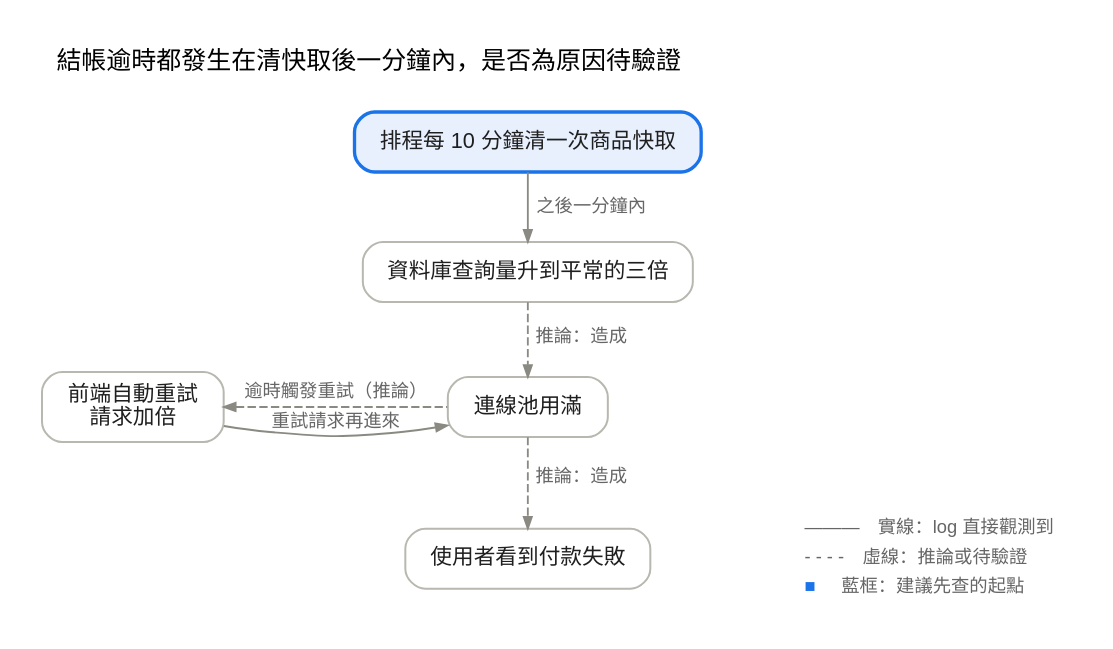
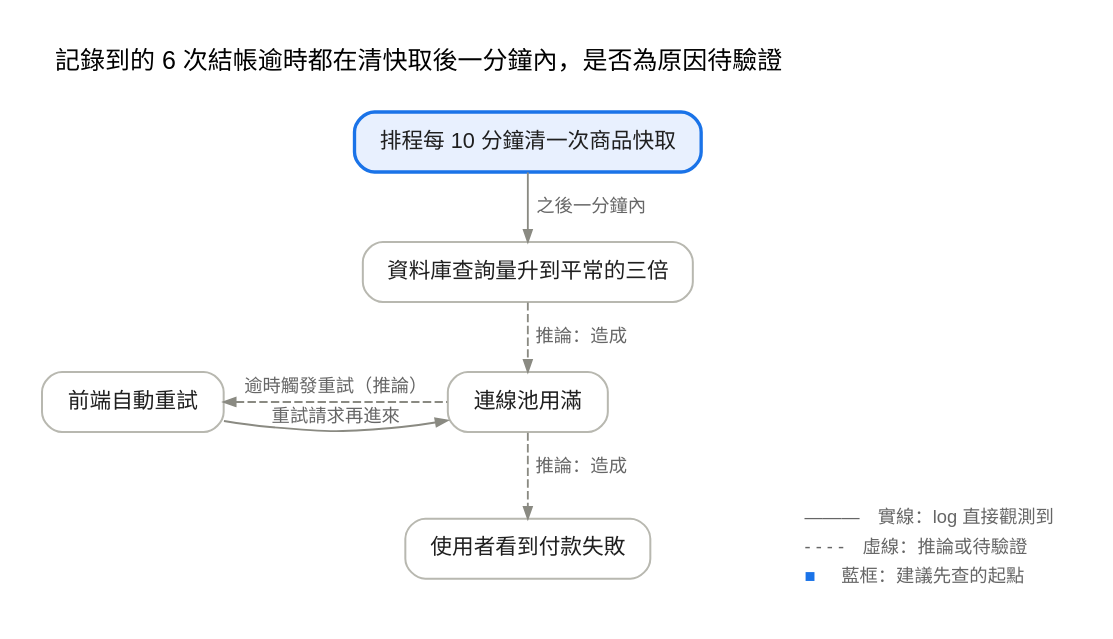
The second of 4 diagrams in plugins/writing-style/skills/writing-style/references/diagrams.md (goodjack/claude-marketplace), drawn with Graphviz before and after one commit. The commit also changed other lines of this file and 4 other files, not shown here.

````diff
--- a/plugins/writing-style/skills/writing-style/references/diagrams.md
+++ b/plugins/writing-style/skills/writing-style/references/diagrams.md
@@ -119,34 +119,34 @@
 ```graphviz
 digraph G {
   graph [rankdir=TB, nodesep=0.3, ranksep=0.42, pad=0.25, bgcolor="white",
-         label="結帳逾時都發生在清快取後一分鐘內，是否為原因待驗證\n ", labelloc=t, labeljust=l, fontsize=15,
+         label="記錄到的 6 次結帳逾時都在清快取後一分鐘內，是否為原因待驗證\n ", labelloc=t, labeljust=l, fontsize=15,
          fontname="PingFang TC, Noto Sans TC, Microsoft JhengHei, sans-serif"]
   node  [shape=box, style=rounded, color="#b8b8b0", penwidth=1.2, fontcolor="#1f1f1f", fontsize=13,
          margin="0.22,0.1", fontname="PingFang TC, Noto Sans TC, Microsoft JhengHei, sans-serif"]
   edge  [color="#8a8a82", penwidth=1.1, arrowsize=0.7, fontcolor="#666666", fontsize=11,
          fontname="PingFang TC, Noto Sans TC, Microsoft JhengHei, sans-serif"]
 
   A [label="排程每 10 分鐘清一次商品快取", style="rounded,filled", fillcolor="#e8f0fe", color="#1a73e8", penwidth=2]
   B [label="資料庫查詢量升到平常的三倍"]
   C [label="連線池用滿"]
-  H [label="前端自動重試\n請求加倍"]
+  H [label="前端自動重試"]
   E [label="使用者看到付款失敗"]
 
   A -> B [label="  之後一分鐘內"]
   B -> C [style=dashed, label="  推論：造成"]
   H -> C [dir=back, style=dashed, label="逾時觸發重試（推論）"]
   H -> C [label="重試請求再進來"]
   C -> E [style=dashed, label="  推論：造成"]
   { rank=same; H; C }
   { rank=same; edge [style=invis]; H -> C }
 
   L [shape=plaintext, margin=0, fontsize=11, fontcolor="#666666", label=<
     <TABLE BORDER="0" CELLBORDER="0" CELLSPACING="2">
       <TR><TD ALIGN="LEFT">———　實線：log 直接觀測到</TD></TR>
       <TR><TD ALIGN="LEFT">- - - -　虛線：推論或待驗證</TD></TR>
       <TR><TD ALIGN="LEFT"><FONT COLOR="#1a73e8">■</FONT>　藍框：建議先查的起點</TD></TR>
     </TABLE>>]
   { rank=same; E; L }
   E -> L [style=invis, minlen=2]
 }
 ```
````
